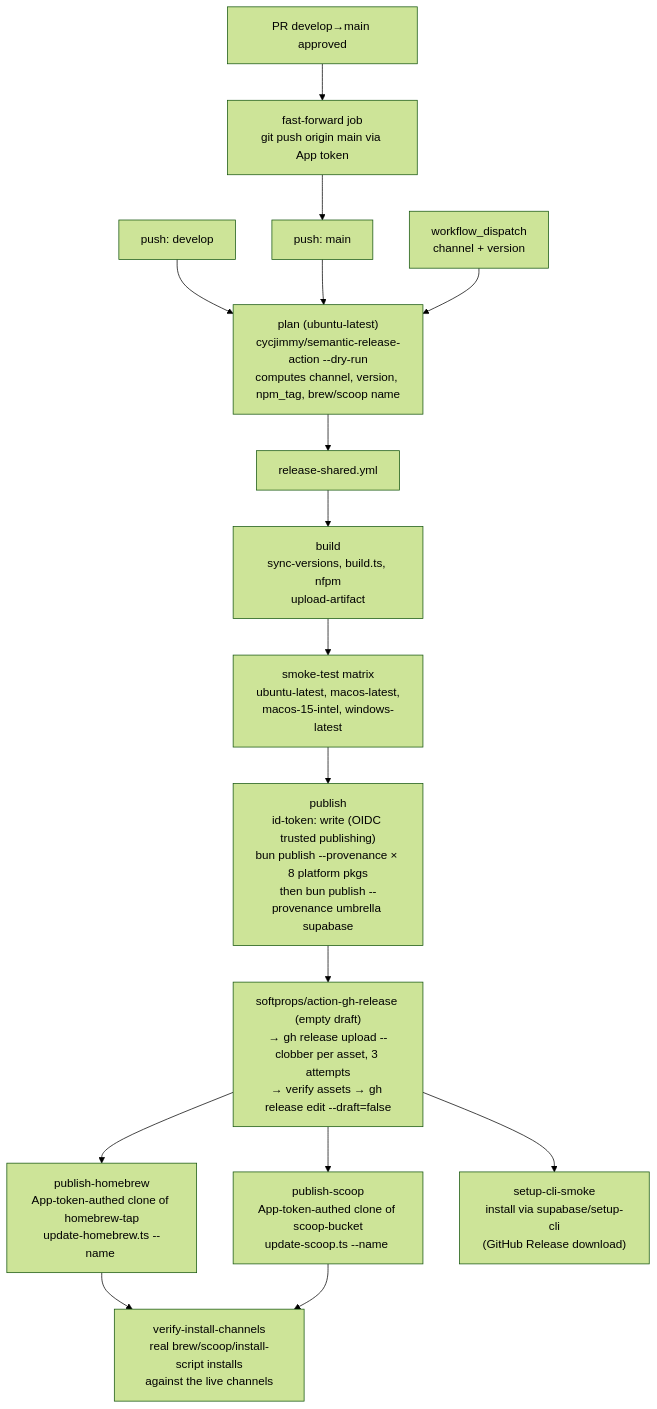
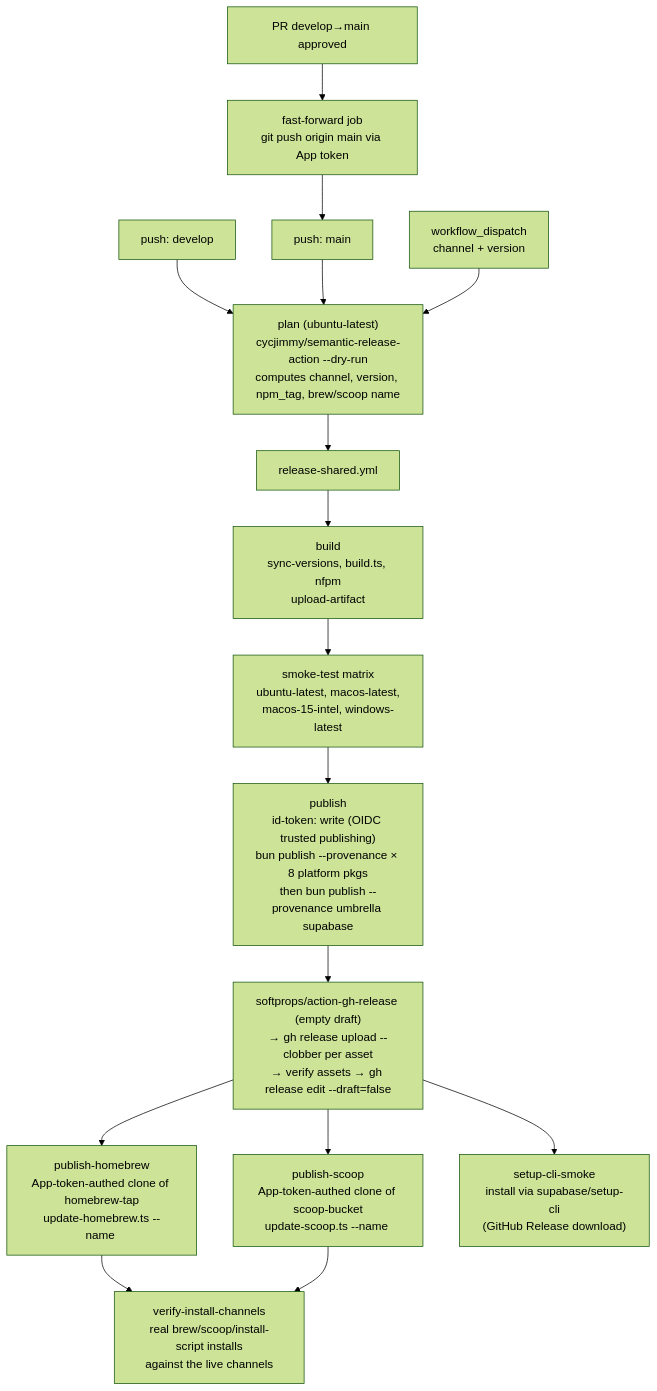
Before and after one commit to supabase/cli: the second of 2 diagrams in apps/cli/docs/release-process.md, drawn with Mermaid (forest theme). The commit also changed other lines of this file and 1 other file, not shown here.

Commit message:
docs(cli): tighten release upload docs and describe both retry layers (CLI-2455)

````diff
--- a/apps/cli/docs/release-process.md
+++ b/apps/cli/docs/release-process.md
@@ -220,22 +220,22 @@
 ```mermaid
 flowchart TD
     pushDev[push: develop] --> plan
     pushMain[push: main] --> plan
     pr[PR develop→main approved] --> ff[fast-forward job<br/>git push origin main via App token]
     ff --> pushMain
     dispatch[workflow_dispatch<br/>channel + version] --> plan
 
     plan["plan (ubuntu-latest)<br/>cycjimmy/semantic-release-action --dry-run<br/>computes channel, version, npm_tag, brew/scoop name"]
     plan --> shared
 
     shared["release-shared.yml"]
     shared --> build["build<br/>sync-versions, build.ts, nfpm<br/>upload-artifact"]
     build --> smoke["smoke-test matrix<br/>ubuntu-latest, macos-latest,<br/>macos-15-intel, windows-latest"]
     smoke --> pub["publish<br/>id-token: write (OIDC trusted publishing)<br/>bun publish --provenance × 8 platform pkgs<br/>then bun publish --provenance umbrella supabase"]
-    pub --> rel["softprops/action-gh-release (empty draft)<br/>→ gh release upload --clobber per asset, 3 attempts<br/>→ verify assets → gh release edit --draft=false"]
+    pub --> rel["softprops/action-gh-release (empty draft)<br/>→ gh release upload --clobber per asset<br/>→ verify assets → gh release edit --draft=false"]
     rel --> hb["publish-homebrew<br/>App-token-authed clone of homebrew-tap<br/>update-homebrew.ts --name <brew_name>"]
     rel --> sc["publish-scoop<br/>App-token-authed clone of scoop-bucket<br/>update-scoop.ts --name <scoop_name>"]
     rel --> sucs["setup-cli-smoke<br/>install via supabase/setup-cli<br/>(GitHub Release download)"]
     hb --> vic["verify-install-channels<br/>real brew/scoop/install-script installs<br/>against the live channels"]
     sc --> vic
 ```
````
